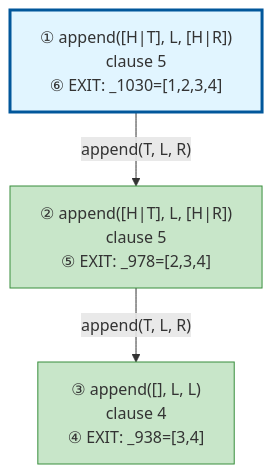
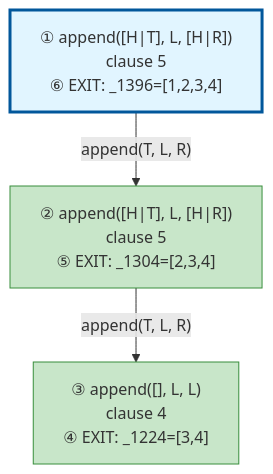
One commit to jarecsni/prolog-trace-viz changed the diagram in examples/append-output.md. Above: the diagram before and after it, drawn with Mermaid. The commit also changed other lines of this file and 8 other files, not shown here.

Commit message:
✨ add variable flow tracking to show how variables bind across execution steps

````diff
--- a/examples/append-output.md
+++ b/examples/append-output.md
@@ -82,17 +83,17 @@
 ```mermaid
 graph TD
 
 %% Nodes
-A["① append([H|T], L, [H|R])<br/>clause 5<br/>⑥ EXIT: _1030=[1,2,3,4]"]
-B["② append([H|T], L, [H|R])<br/>clause 5<br/>⑤ EXIT: _978=[2,3,4]"]
-C["③ append([], L, L)<br/>clause 4<br/>④ EXIT: _938=[3,4]"]
+A["① append([H|T], L, [H|R])<br/>clause 5<br/>⑥ EXIT: _1396=[1,2,3,4]"]
+B["② append([H|T], L, [H|R])<br/>clause 5<br/>⑤ EXIT: _1304=[2,3,4]"]
+C["③ append([], L, L)<br/>clause 4<br/>④ EXIT: _1224=[3,4]"]
 
 %% Edges
 A -->|"append(T, L, R)"| B
 B -->|"append(T, L, R)"| C
 
 %% Styles
 style A fill:#e1f5ff,stroke:#01579b,stroke-width:3px
 style B fill:#c8e6c9,stroke:#388e3c
 style C fill:#c8e6c9,stroke:#388e3c
 ```
````
